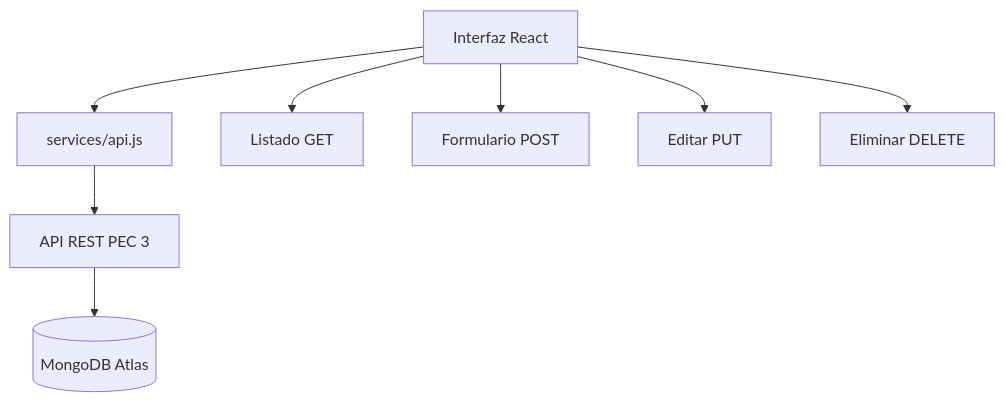
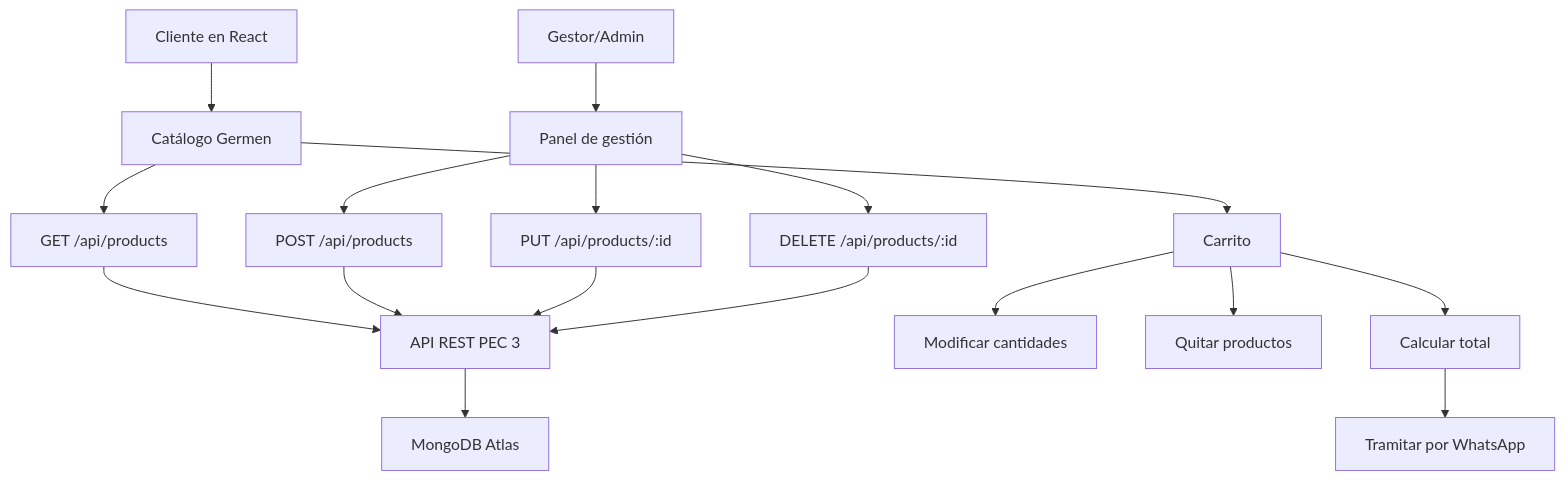
The diagram in README.md (mariannelis/pec4-germen-latin-market-frontend), drawn with Mermaid before and after one commit. The commit also changed other lines of this file and 164 other files, not shown here.

````diff
--- a/README.md
+++ b/README.md
@@ -70,10 +95,19 @@
 ```mermaid
 flowchart TD
-  A[Interfaz React] --> B[services/api.js]
-  B --> C[API REST PEC 3]
-  C --> D[(MongoDB Atlas)]
-  A --> E[Listado GET]
-  A --> F[Formulario POST]
-  A --> G[Editar PUT]
-  A --> H[Eliminar DELETE]
+    A[Cliente en React] --> B[Catálogo Germen]
+    B --> C[GET /api/products]
+    C --> D[API REST PEC 3]
+    D --> E[MongoDB Atlas]
+    B --> F[Carrito]
+    F --> G[Modificar cantidades]
+    F --> H[Quitar productos]
+    F --> I[Calcular total]
+    I --> J[Tramitar por WhatsApp]
+    K[Gestor/Admin] --> L[Panel de gestión]
+    L --> M[POST /api/products]
+    L --> N[PUT /api/products/:id]
+    L --> O[DELETE /api/products/:id]
+    M --> D
+    N --> D
+    O --> D
 ```
````
